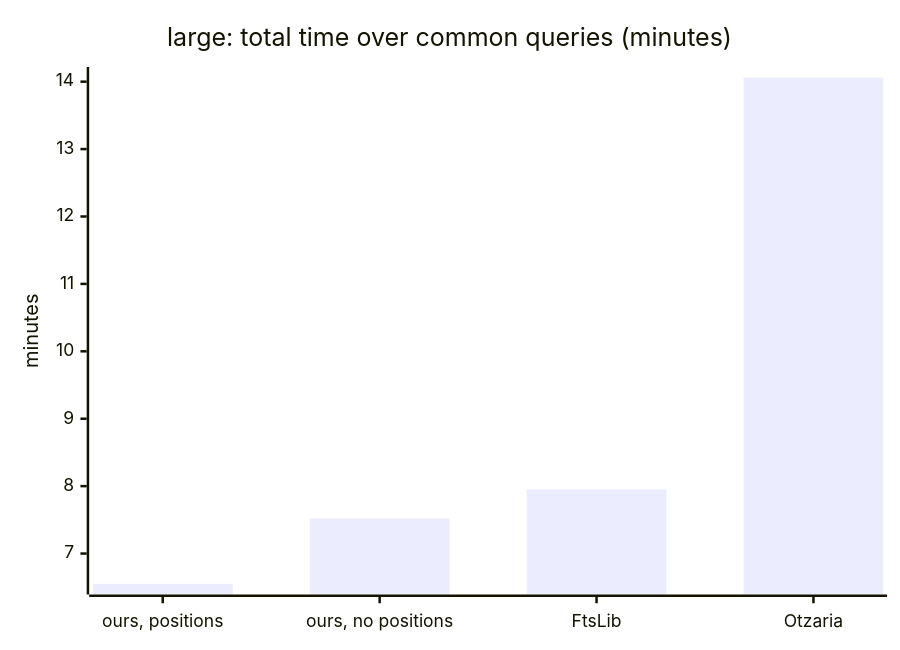
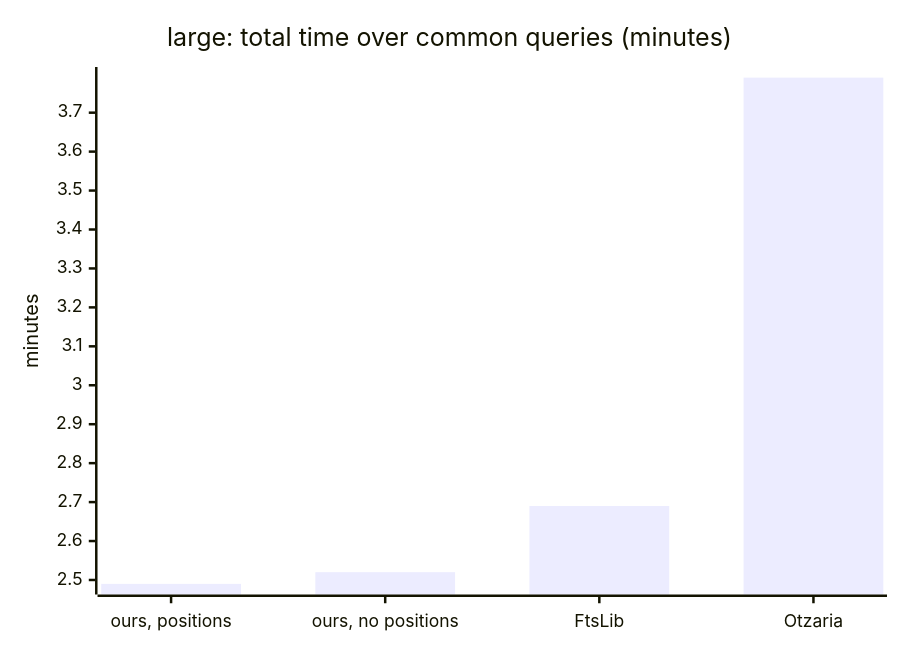
Before and after one commit to KleiKodesh/SeforimLibrarySearchEngine: the third of 11 diagrams in FTS-SPECS-AND-COMPARISONS.md, drawn with Mermaid. The commit also changed other lines of this file and 10 other files, not shown here.

````diff
--- a/FTS-SPECS-AND-COMPARISONS.md
+++ b/FTS-SPECS-AND-COMPARISONS.md
@@ -103,7 +114,7 @@
 ```mermaid
 xychart-beta
     title "large: total time over common queries (minutes)"
     x-axis ["ours, positions", "ours, no positions", "FtsLib", "Otzaria"]
     y-axis "minutes"
-    bar [6.55, 7.52, 7.95, 14.06]
+    bar [2.49, 2.52, 2.69, 3.79]
 ```
````
